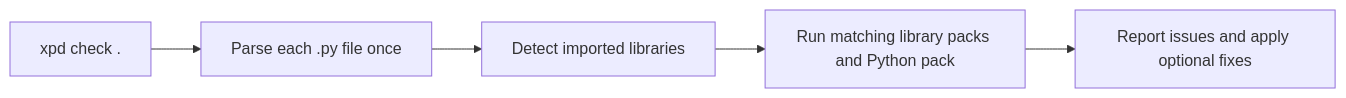
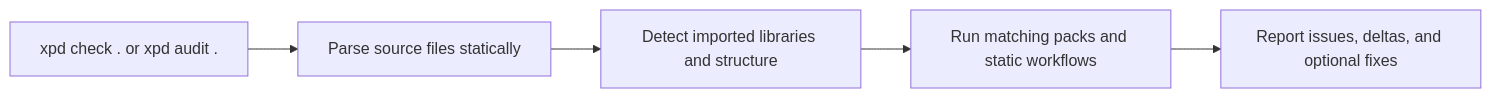
Before and after one commit to bjoernaagaard/xpd: the diagram in website/src/content/docs/index.md, drawn with Mermaid. The commit also changed other lines of this file and 29 other files, not shown here.

````diff
--- a/website/src/content/docs/index.md
+++ b/website/src/content/docs/index.md
@@ -8,7 +8,7 @@
 ```mermaid
 flowchart LR
-    A["xpd check ."] --> B["Parse each .py file once"]
-    B --> C["Detect imported libraries"]
-    C --> D["Run matching library packs and Python pack"]
-    D --> E["Report issues and apply optional fixes"]
+    A["xpd check . or xpd audit ."] --> B["Parse source files statically"]
+    B --> C["Detect imported libraries and structure"]
+    C --> D["Run matching packs and static workflows"]
+    D --> E["Report issues, deltas, and optional fixes"]
 ```
````
